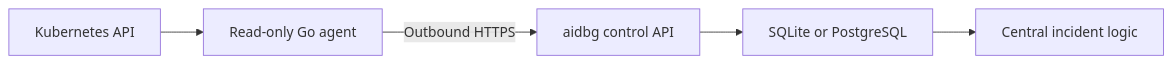
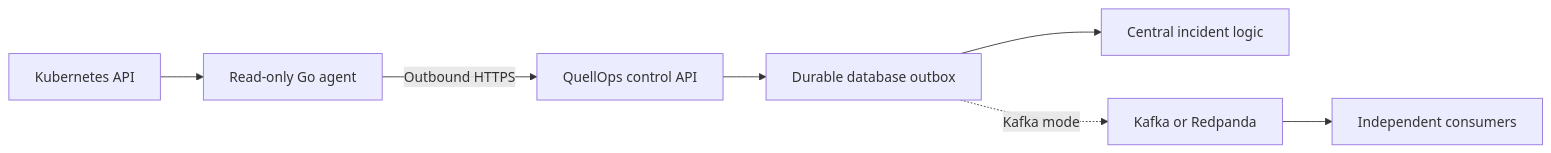
The diagram in docs/KUBERNETES_MODULE.md (mishalraj/quellops), drawn with Mermaid before and after one commit. The commit also changed other lines of this file and 92 other files, not shown here.

````diff
--- a/docs/KUBERNETES_MODULE.md
+++ b/docs/KUBERNETES_MODULE.md
@@ -26,7 +36,9 @@
 ```mermaid
 flowchart LR
     API[Kubernetes API] --> AGENT[Read-only Go agent]
-    AGENT -->|Outbound HTTPS| CONTROL[aidbg control API]
-    CONTROL --> STORE[SQLite or PostgreSQL]
+    AGENT -->|Outbound HTTPS| CONTROL[QuellOps control API]
+    CONTROL --> STORE[Durable database outbox]
     STORE --> CORE[Central incident logic]
+    STORE -. Kafka mode .-> KAFKA[Kafka or Redpanda]
+    KAFKA --> WORKERS[Independent consumers]
 ```
````
